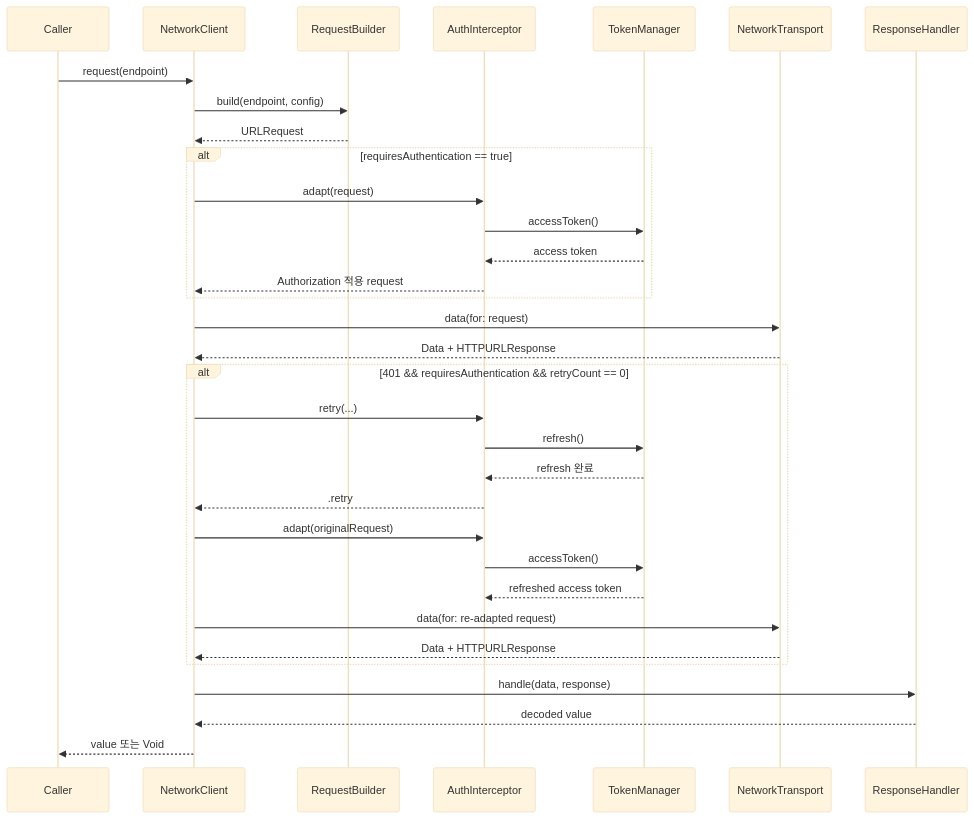
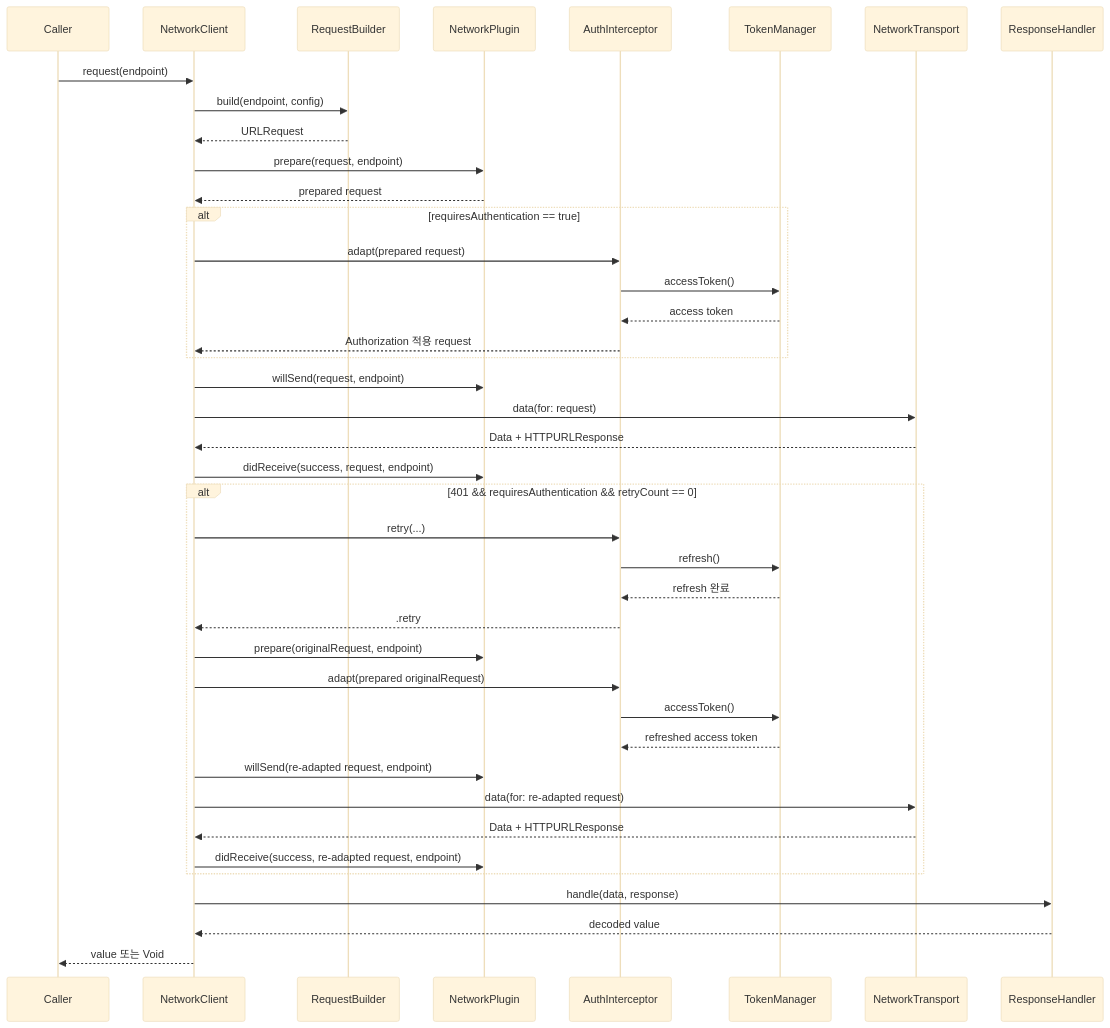
One commit to mediunn/Livith-iOS changed the fourth of 8 diagrams in Projects/LivithNetworking/README.md. Above: the diagram before and after it, drawn with Mermaid (base theme). The commit also changed other lines of this file and 7 other files, not shown here.

````diff
--- a/Projects/LivithNetworking/README.md
+++ b/Projects/LivithNetworking/README.md
@@ -139,36 +153,44 @@
 ```mermaid
 sequenceDiagram
     participant Caller
     participant Client as NetworkClient
     participant Builder as RequestBuilder
+    participant Plugin as NetworkPlugin
     participant Interceptor as AuthInterceptor
     participant Manager as TokenManager
     participant Transport as NetworkTransport
     participant Handler as ResponseHandler
 
     Caller->>Client: request(endpoint)
     Client->>Builder: build(endpoint, config)
     Builder-->>Client: URLRequest
+    Client->>Plugin: prepare(request, endpoint)
+    Plugin-->>Client: prepared request
     alt requiresAuthentication == true
-        Client->>Interceptor: adapt(request)
+        Client->>Interceptor: adapt(prepared request)
         Interceptor->>Manager: accessToken()
         Manager-->>Interceptor: access token
         Interceptor-->>Client: Authorization 적용 request
     end
+    Client->>Plugin: willSend(request, endpoint)
     Client->>Transport: data(for: request)
     Transport-->>Client: Data + HTTPURLResponse
+    Client->>Plugin: didReceive(success, request, endpoint)
     alt 401 && requiresAuthentication && retryCount == 0
         Client->>Interceptor: retry(...)
         Interceptor->>Manager: refresh()
         Manager-->>Interceptor: refresh 완료
         Interceptor-->>Client: .retry
-        Client->>Interceptor: adapt(originalRequest)
+        Client->>Plugin: prepare(originalRequest, endpoint)
+        Client->>Interceptor: adapt(prepared originalRequest)
         Interceptor->>Manager: accessToken()
         Manager-->>Interceptor: refreshed access token
+        Client->>Plugin: willSend(re-adapted request, endpoint)
         Client->>Transport: data(for: re-adapted request)
         Transport-->>Client: Data + HTTPURLResponse
+        Client->>Plugin: didReceive(success, re-adapted request, endpoint)
     end
     Client->>Handler: handle(data, response)
     Handler-->>Client: decoded value
     Client-->>Caller: value 또는 Void
 ```
````
